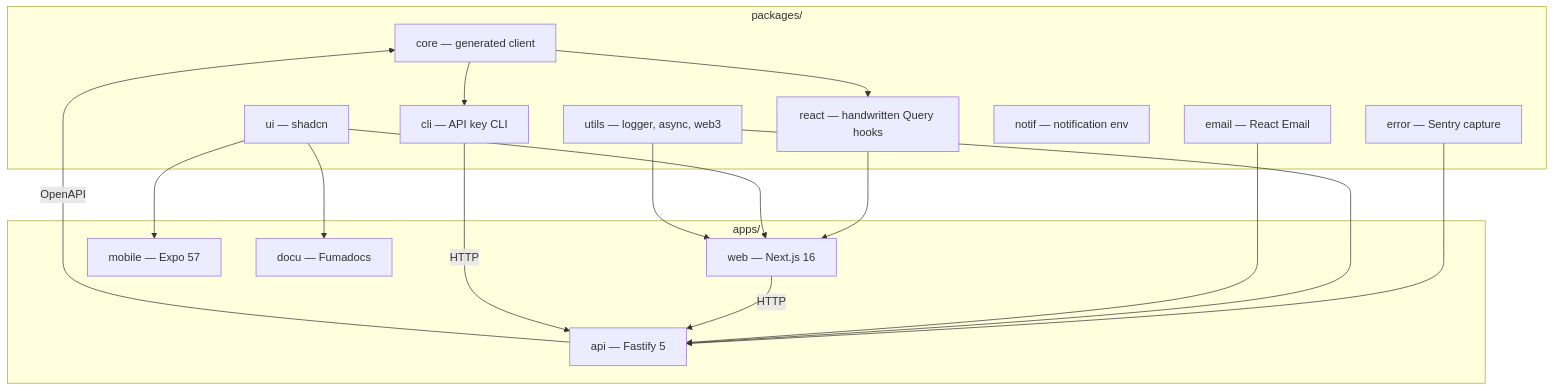
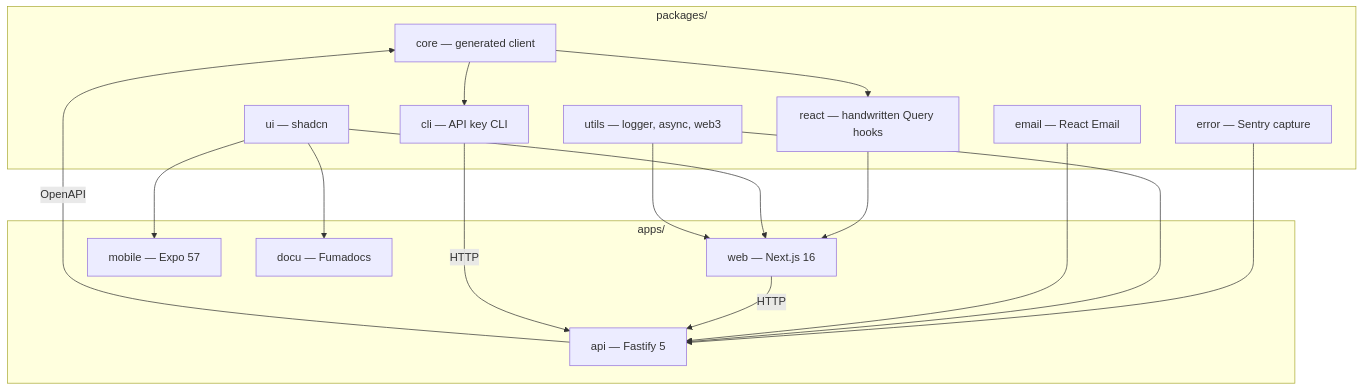
One commit to blockmatic/basilic changed the diagram in apps/docu/content/docs/architecture/monorepo.mdx. Above: the diagram before and after it, drawn with Mermaid. The commit also changed other lines of this file and 103 other files, not shown here.

````diff
--- a/apps/docu/content/docs/architecture/monorepo.mdx
+++ b/apps/docu/content/docs/architecture/monorepo.mdx
@@ -8,34 +8,33 @@
 ```mermaid
 flowchart TB
   subgraph Packages["packages/"]
     Core["core — generated client"]
     React["react — handwritten Query hooks"]
     UI["ui — shadcn"]
     Error["error — Sentry capture"]
     Utils["utils — logger, async, web3"]
     Email["email — React Email"]
-    Notif["notif — notification env"]
     Cli["cli — API key CLI"]
   end
 
   subgraph Apps["apps/"]
     API["api — Fastify 5"]
     Web["web — Next.js 16"]
     Mobile["mobile — Expo 57"]
     Docu["docu — Fumadocs"]
   end
 
   API -->|OpenAPI| Core
   Core --> React
   Core --> Cli
   React --> Web
   UI --> Web
   UI --> Mobile
   UI --> Docu
   Error --> API
   Utils --> API
   Utils --> Web
   Email --> API
   Web -->|HTTP| API
   Cli -->|HTTP| API
 ```
````
